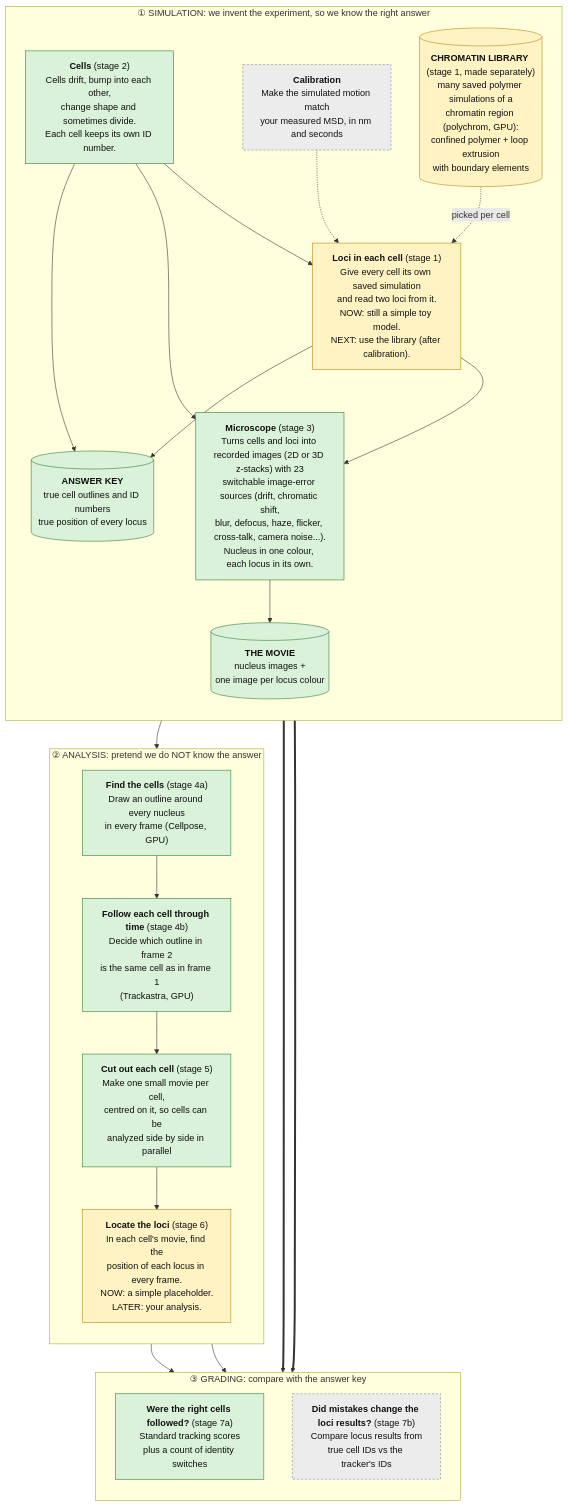
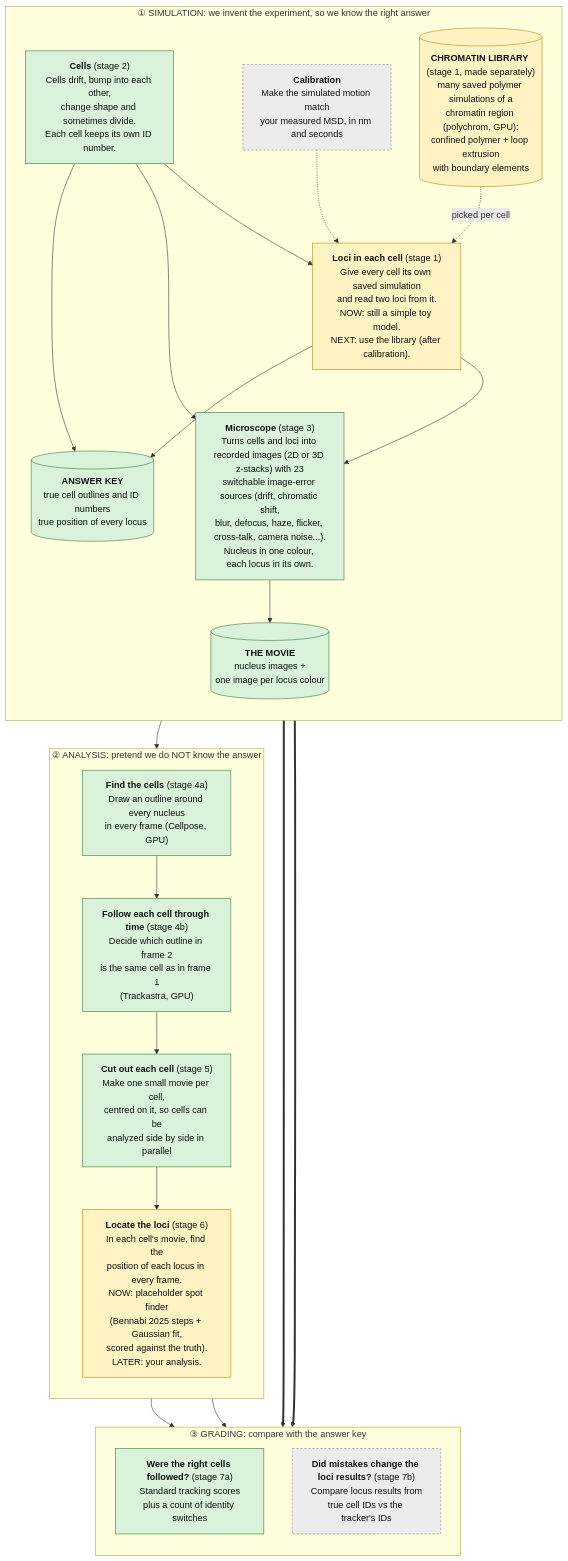
Before and after one commit to CHB-Bohrer/Sim_Live_Cell_Analysis: the second of 5 diagrams in docs/ARCHITECTURE.md, drawn with Mermaid. The commit also changed 20 other files, not shown here.

````diff
--- a/docs/ARCHITECTURE.md
+++ b/docs/ARCHITECTURE.md
@@ -36,45 +36,45 @@
 ```mermaid
 flowchart TD
     subgraph SIM["① SIMULATION: we invent the experiment, so we know the right answer"]
         direction TB
         S2["<b>Cells</b> (stage 2)<br/>Cells drift, bump into each other,<br/>change shape and sometimes divide.<br/>Each cell keeps its own ID number."]:::built
         LIB[("<b>CHROMATIN LIBRARY</b> (stage 1, made separately)<br/>many saved polymer simulations of a<br/>chromatin region (polychrom, GPU):<br/>confined polymer + loop extrusion<br/>with boundary elements")]:::standin
         S1["<b>Loci in each cell</b> (stage 1)<br/>Give every cell its own saved simulation<br/>and read two loci from it.<br/>NOW: still a simple toy model.<br/>NEXT: use the library (after calibration)."]:::standin
         CAL["<b>Calibration</b><br/>Make the simulated motion match<br/>your measured MSD, in nm and seconds"]:::planned
         S3["<b>Microscope</b> (stage 3)<br/>Turns cells and loci into recorded images (2D or 3D z-stacks) with 23<br/>switchable image-error sources (drift, chromatic shift,<br/>blur, defocus, haze, flicker, cross-talk, camera noise...).<br/>Nucleus in one colour, each locus in its own."]:::built
         TRUTH[("<b>ANSWER KEY</b><br/>true cell outlines and ID numbers<br/>true position of every locus")]:::built
         MOVIE[("<b>THE MOVIE</b><br/>nucleus images +<br/>one image per locus colour")]:::built
     end
 
     subgraph ANA["② ANALYSIS: pretend we do NOT know the answer"]
         direction TB
         S4A["<b>Find the cells</b> (stage 4a)<br/>Draw an outline around every nucleus<br/>in every frame (Cellpose, GPU)"]:::built
         S4B["<b>Follow each cell through time</b> (stage 4b)<br/>Decide which outline in frame 2<br/>is the same cell as in frame 1<br/>(Trackastra, GPU)"]:::built
         S5["<b>Cut out each cell</b> (stage 5)<br/>Make one small movie per cell,<br/>centred on it, so cells can be<br/>analyzed side by side in parallel"]:::built
-        S6["<b>Locate the loci</b> (stage 6)<br/>In each cell's movie, find the<br/>position of each locus in every frame.<br/>NOW: a simple placeholder.<br/>LATER: your analysis."]:::standin
+        S6["<b>Locate the loci</b> (stage 6)<br/>In each cell's movie, find the<br/>position of each locus in every frame.<br/>NOW: placeholder spot finder<br/>(Bennabi 2025 steps + Gaussian fit,<br/>scored against the truth).<br/>LATER: your analysis."]:::standin
     end
 
     subgraph GRADE["③ GRADING: compare with the answer key"]
         direction TB
         S7A["<b>Were the right cells followed?</b> (stage 7a)<br/>Standard tracking scores<br/>plus a count of identity switches"]:::built
         S7B["<b>Did mistakes change the loci results?</b> (stage 7b)<br/>Compare locus results from<br/>true cell IDs vs the tracker's IDs"]:::planned
     end
 
     CAL -.-> S1
     LIB -.->|"picked per cell"| S1
     S2 --> S1
     S1 --> S3
     S2 --> S3
     S3 --> MOVIE
     S2 --> TRUTH
     S1 --> TRUTH
     MOVIE --> S4A --> S4B --> S5 --> S6
     S4B --> S7A
     S6 --> S7B
     TRUTH ==> S7A
     TRUTH ==> S7B
 
     classDef built fill:#d9f2d9,stroke:#2e7d32,color:#111;
     classDef standin fill:#fff3c4,stroke:#b8860b,color:#111;
     classDef planned fill:#ececec,stroke:#888,stroke-dasharray: 4 3,color:#111;
 ```
````
